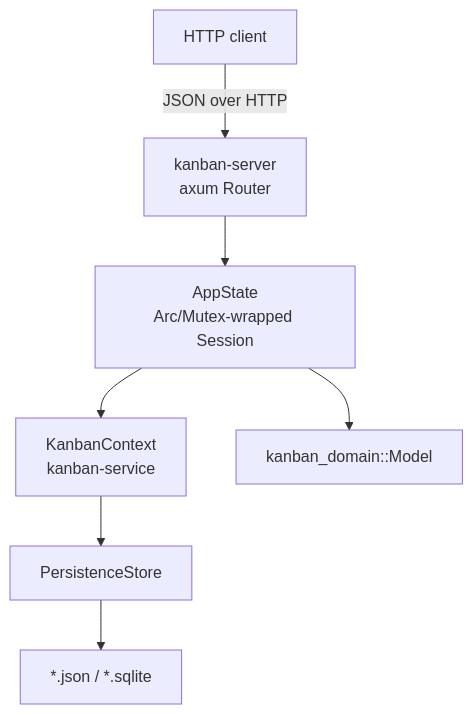
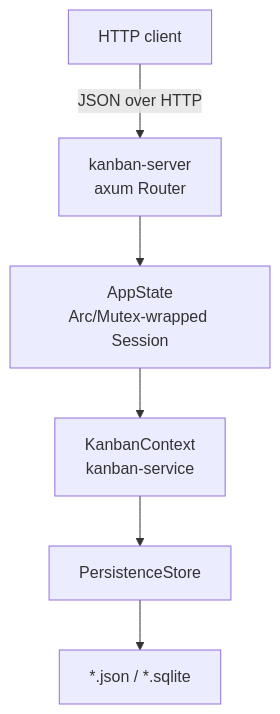
The first of 2 diagrams in crates/kanban-server/README.md (fulsomenko/kanban), drawn with Mermaid before and after one commit. The commit also changed other lines of this file and 1 other file, not shown here.

Commit message:
docs(server): the server holds no retained Model

````diff
--- a/crates/kanban-server/README.md
+++ b/crates/kanban-server/README.md
@@ -11,9 +11,8 @@
 ```mermaid
 graph TD
     CLIENT[HTTP client] -->|JSON over HTTP| SRV[kanban-server<br/>axum Router]
     SRV --> STATE[AppState<br/>Arc/Mutex-wrapped Session]
     STATE --> SVC[KanbanContext<br/>kanban-service]
-    STATE --> MODEL[kanban_domain::Model]
     SVC --> STORE[PersistenceStore]
     STORE --> STORAGE[*.json / *.sqlite]
 ```
````
